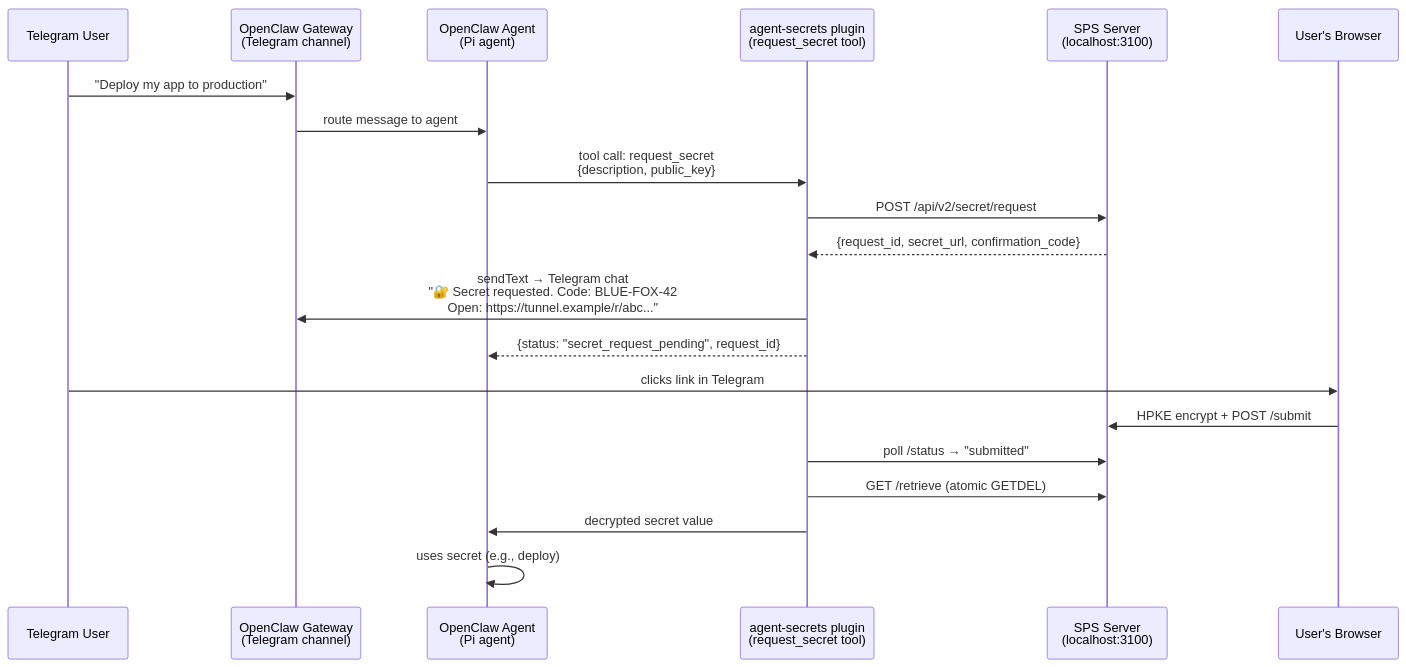
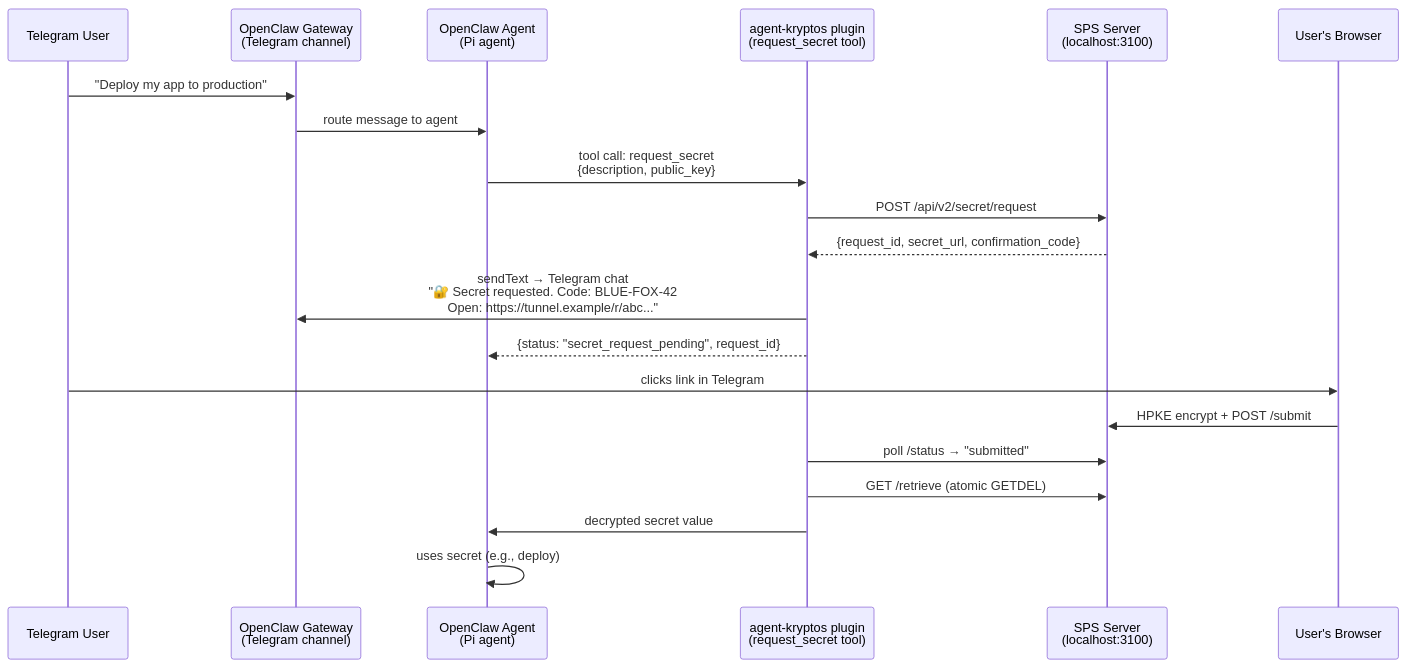
The diagram in docs/testing/Test Plan TG.md (atas-tech/agent-kryptos), drawn with Mermaid before and after one commit. The commit also changed other lines of this file and 18 other files, not shown here.

Commit message:
feat(core): migrate project to agent-kryptos and improve e2e-human.mjs

````diff
--- a/docs/testing/Test Plan TG.md
+++ b/docs/testing/Test Plan TG.md
@@ -20,25 +20,25 @@
 ```mermaid
 sequenceDiagram
     participant User as Telegram User
     participant TG as OpenClaw Gateway<br/>(Telegram channel)
     participant Agent as OpenClaw Agent<br/>(Pi agent)
-    participant Plugin as agent-secrets plugin<br/>(request_secret tool)
+    participant Plugin as agent-kryptos plugin<br/>(request_secret tool)
     participant SPS as SPS Server<br/>(localhost:3100)
     participant Browser as User's Browser
 
     User->>TG: "Deploy my app to production"
     TG->>Agent: route message to agent
     Agent->>Plugin: tool call: request_secret<br/>{description, public_key}
     Plugin->>SPS: POST /api/v2/secret/request
     SPS-->>Plugin: {request_id, secret_url, confirmation_code}
     Plugin->>TG: sendText → Telegram chat<br/>"🔐 Secret requested. Code: BLUE-FOX-42<br/>Open: https://tunnel.example/r/abc..."
     Plugin-->>Agent: {status: "secret_request_pending", request_id}
     
     User->>Browser: clicks link in Telegram
     Browser->>SPS: HPKE encrypt + POST /submit
     
     Plugin->>SPS: poll /status → "submitted"
     Plugin->>SPS: GET /retrieve (atomic GETDEL)
     Plugin->>Agent: decrypted secret value
     Agent->>Agent: uses secret (e.g., deploy)
 ```
````
